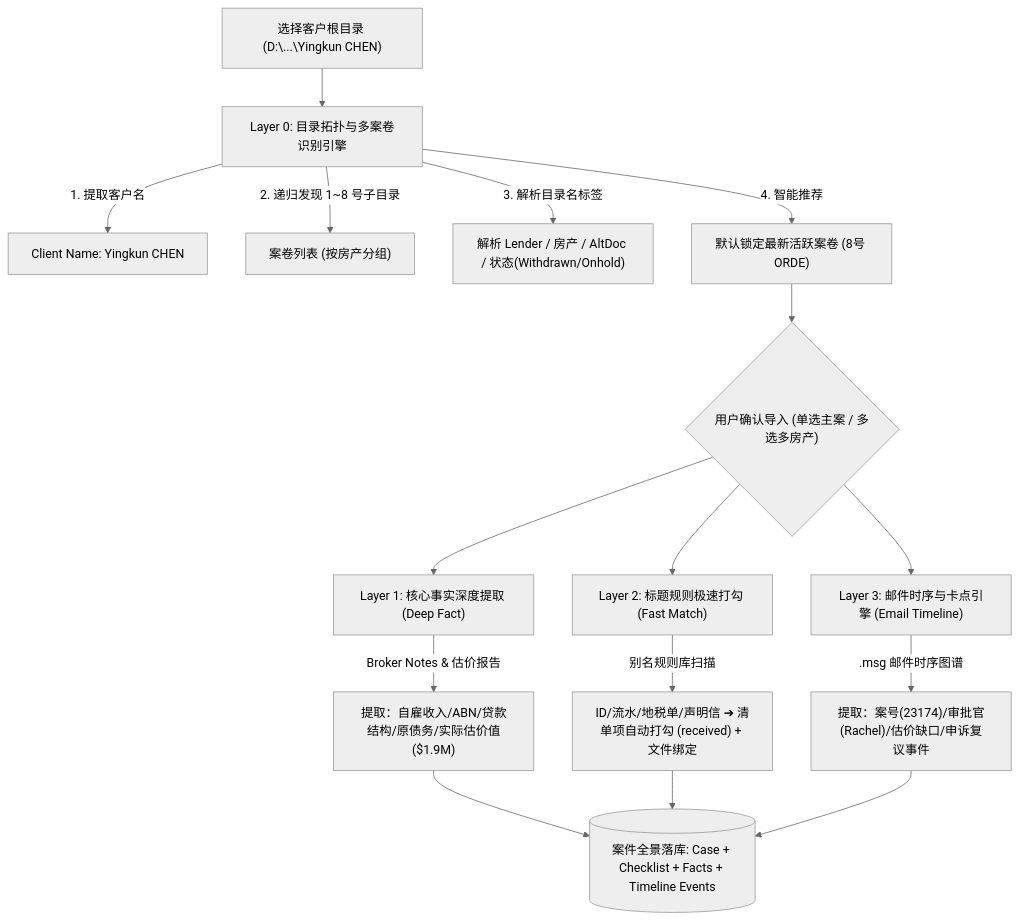
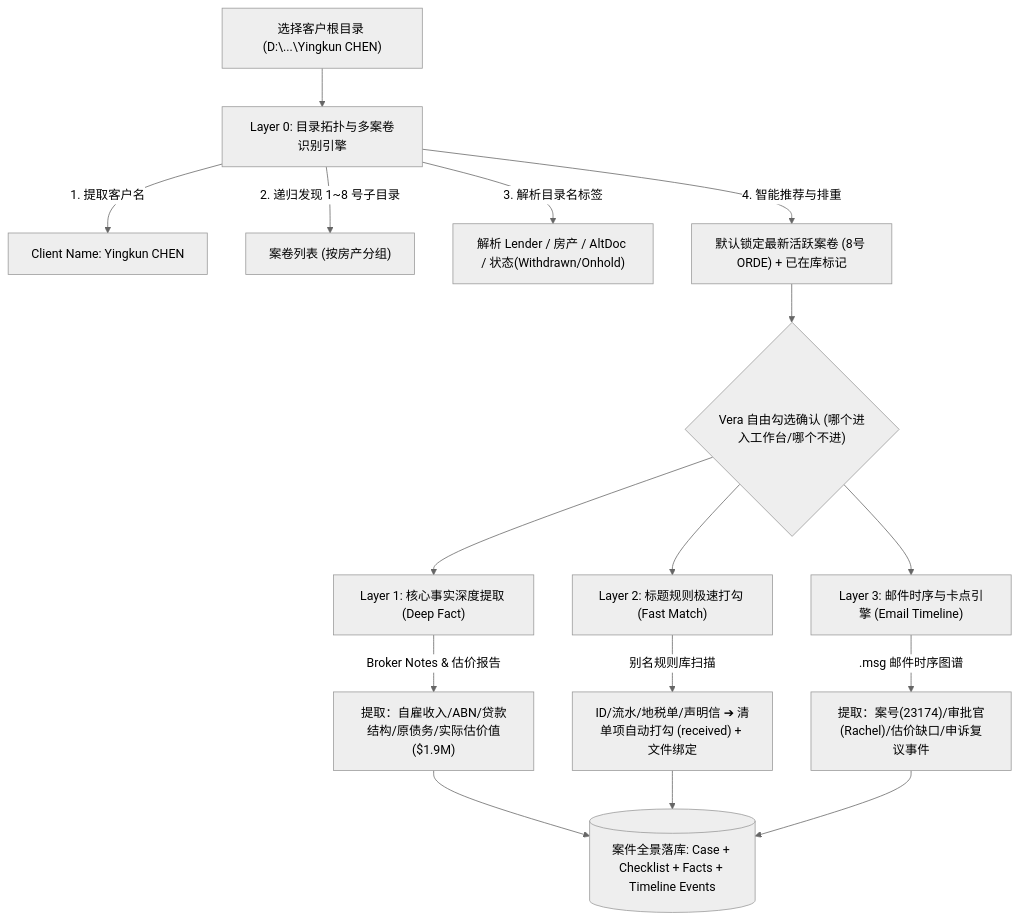
Before and after one commit to wangnao821-netizen/annie-workbench: the diagram in docs/CASE大脑_案件文件夹智能解析与建档总实施框架.md, drawn with Mermaid (neutral theme). The commit also changed other lines of this file and 2 other files, not shown here.

````diff
--- a/docs/CASE大脑_案件文件夹智能解析与建档总实施框架.md
+++ b/docs/CASE大脑_案件文件夹智能解析与建档总实施框架.md
@@ -75,21 +75,21 @@
 ```mermaid
 flowchart TD
     A["选择客户根目录 (D:\...\Yingkun CHEN)"] --> L0["Layer 0: 目录拓扑与多案卷识别引擎"]
     
     L0 -->|1. 提取客户名| C_Name["Client Name: Yingkun CHEN"]
     L0 -->|2. 递归发现 1~8 号子目录| C_List["案卷列表 (按房产分组)"]
     L0 -->|3. 解析目录名标签| C_Meta["解析 Lender / 房产 / AltDoc / 状态(Withdrawn/Onhold)"]
-    L0 -->|4. 智能推荐| C_Active["默认锁定最新活跃案卷 (8号 ORDE)"]
+    L0 -->|4. 智能推荐与排重| C_Active["默认锁定最新活跃案卷 (8号 ORDE) + 已在库标记"]
     
-    C_Active --> UI_Select{"用户确认导入 (单选主案 / 多选多房产)"}
+    C_Active --> UI_Select{"Vera 自由勾选确认 (哪个进入工作台/哪个不进)"}
     
     UI_Select --> L1["Layer 1: 核心事实深度提取 (Deep Fact)"]
     UI_Select --> L2["Layer 2: 标题规则极速打勾 (Fast Match)"]
     UI_Select --> L3["Layer 3: 邮件时序与卡点引擎 (Email Timeline)"]
     
     L1 -->|Broker Notes & 估价报告| F1["提取：自雇收入/ABN/贷款结构/原债务/实际估价值($1.9M)"]
     L2 -->|别名规则库扫描| F2["ID/流水/地税单/声明信 ➔ 清单项自动打勾 (received) + 文件绑定"]
     L3 -->|.msg 邮件时序图谱| F3["提取：案号(23174)/审批官(Rachel)/估价缺口/申诉复议事件"]
     
     F1 & F2 & F3 --> DB[("案件全景落库: Case + Checklist + Facts + Timeline Events")]
 ```
````
